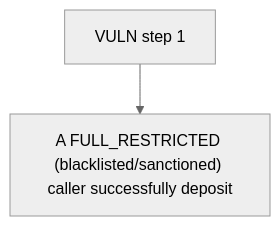
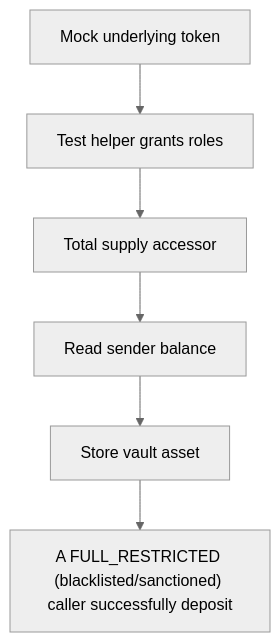
One commit to sanbir/evm-hack-registry changed the diagram in 62716-h-01-full-restricted-users-can-still-deposit-kann-none-manif_exp/62716-h-01-full-restricted-users-can-still-deposit-kann-none-manif_exp.md. Above: the diagram before and after it, drawn with Mermaid (neutral theme). The commit also changed other lines of this file and 79 other files, not shown here.

````diff
--- a/62716-h-01-full-restricted-users-can-still-deposit-kann-none-manif_exp/62716-h-01-full-restricted-users-can-still-deposit-kann-none-manif_exp.md
+++ b/62716-h-01-full-restricted-users-can-still-deposit-kann-none-manif_exp/62716-h-01-full-restricted-users-can-still-deposit-kann-none-manif_exp.md
@@ -28,6 +28,14 @@
 ```mermaid
 flowchart TD
-  S0["VULN step 1"]
+  S0["Mock underlying token"]
+  S1["Test helper grants roles"]
+  S2["Total supply accessor"]
+  S3["Read sender balance"]
+  S4["Store vault asset"]
   H["A FULL_RESTRICTED (blacklisted/sanctioned) caller successfully deposit"]
-  S0 --> H
+  S0 --> S1
+  S1 --> S2
+  S2 --> S3
+  S3 --> S4
+  S4 --> H
 ```
````
